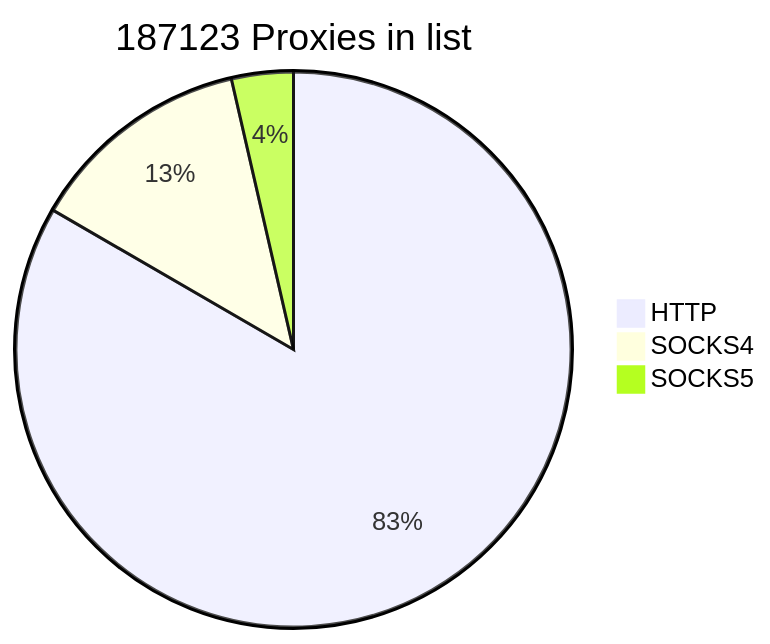
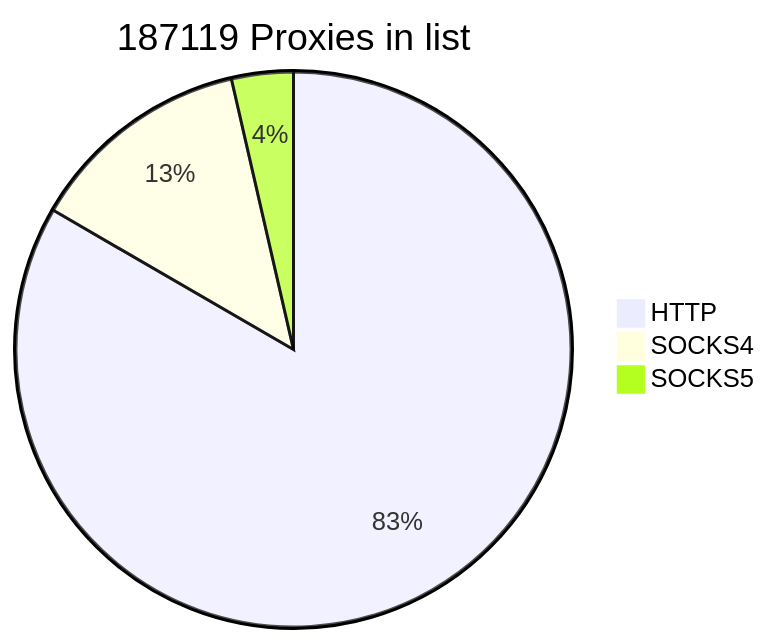
The first of 2 diagrams in README.md (cutipu/proxylist), drawn with Mermaid before and after one commit. The commit also changed other lines of this file, not shown here.

````diff
--- a/README.md
+++ b/README.md
@@ -2,7 +2,7 @@
 ```mermaid
-pie title 187123 Proxies in list
+pie title 187119 Proxies in list
     "HTTP" : 155988
-    "SOCKS4" : 24415
-    "SOCKS5" : 6720
+    "SOCKS4" : 24414
+    "SOCKS5" : 6717
             
 ```
````
